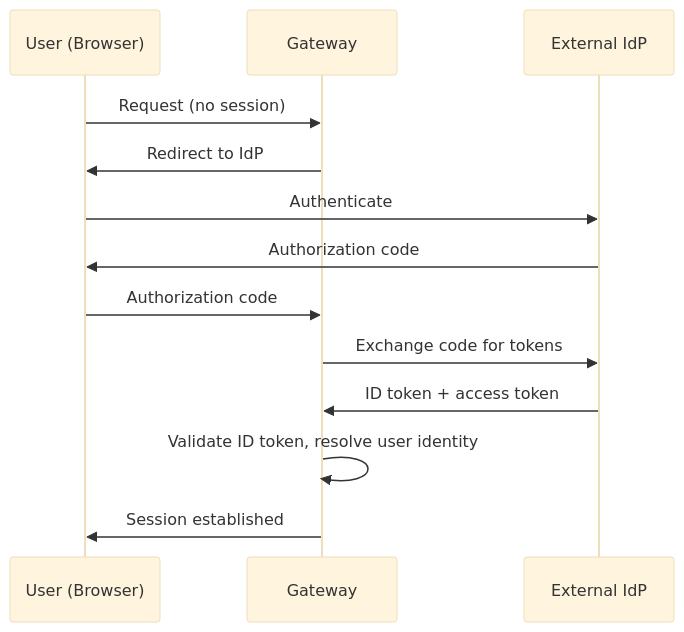
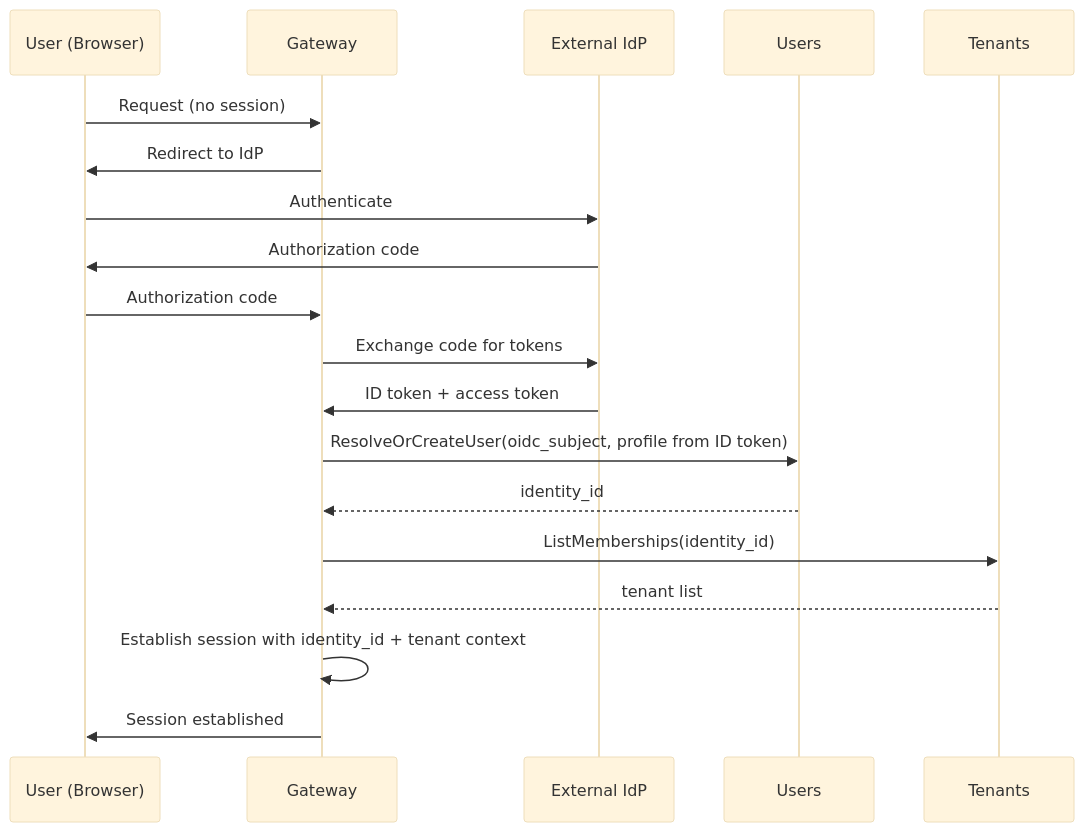
Before and after one commit to agynio/architecture: the first of 3 diagrams in architecture/authn.md, drawn with Mermaid (base theme). The commit also changed other lines of this file and 8 other files, not shown here.

````diff
--- a/architecture/authn.md
+++ b/architecture/authn.md
@@ -34,16 +40,22 @@
 ```mermaid
 sequenceDiagram
     participant U as User (Browser)
     participant GW as Gateway
     participant IdP as External IdP
+    participant US as Users
+    participant TS as Tenants
 
     U->>GW: Request (no session)
     GW->>U: Redirect to IdP
     U->>IdP: Authenticate
     IdP->>U: Authorization code
     U->>GW: Authorization code
     GW->>IdP: Exchange code for tokens
     IdP->>GW: ID token + access token
-    GW->>GW: Validate ID token, resolve user identity
+    GW->>US: ResolveOrCreateUser(oidc_subject, profile from ID token)
+    US-->>GW: identity_id
+    GW->>TS: ListMemberships(identity_id)
+    TS-->>GW: tenant list
+    GW->>GW: Establish session with identity_id + tenant context
     GW->>U: Session established
 ```
````
